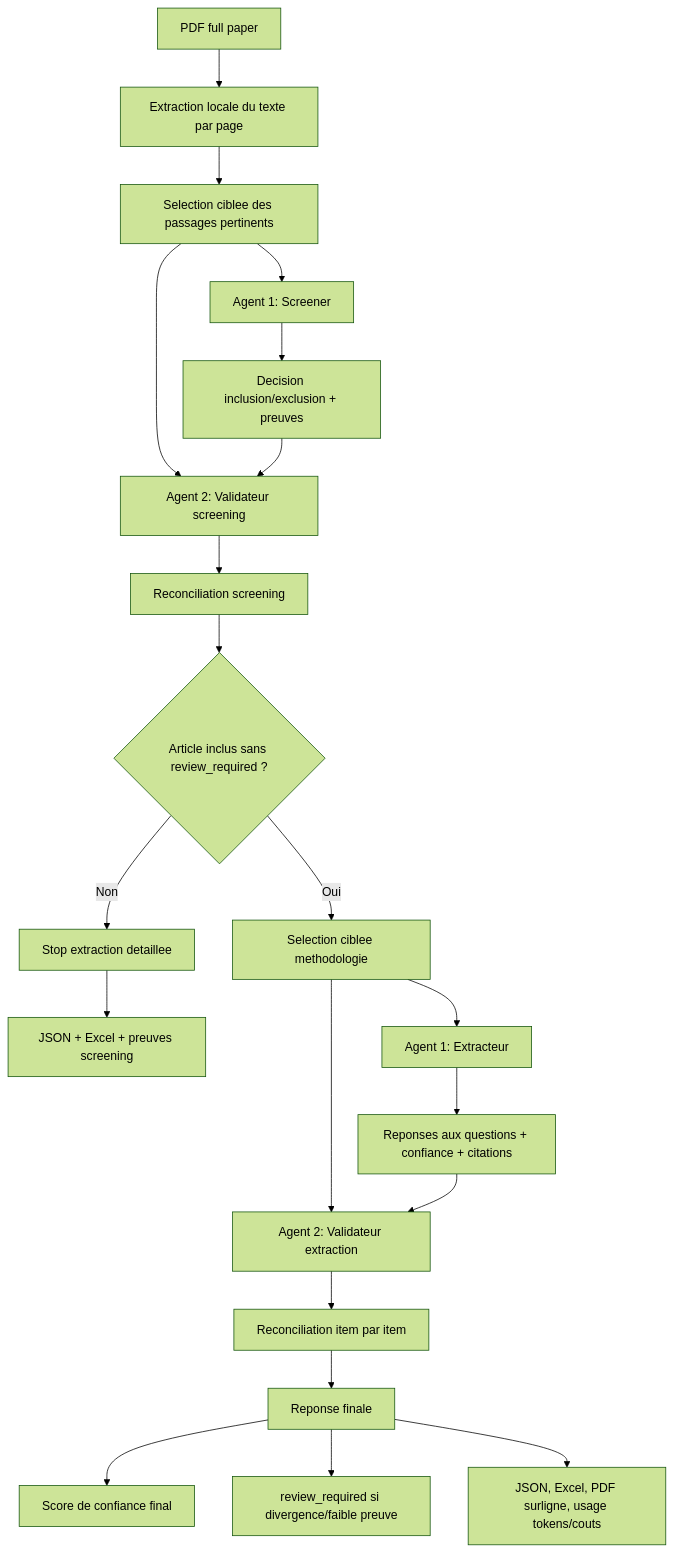
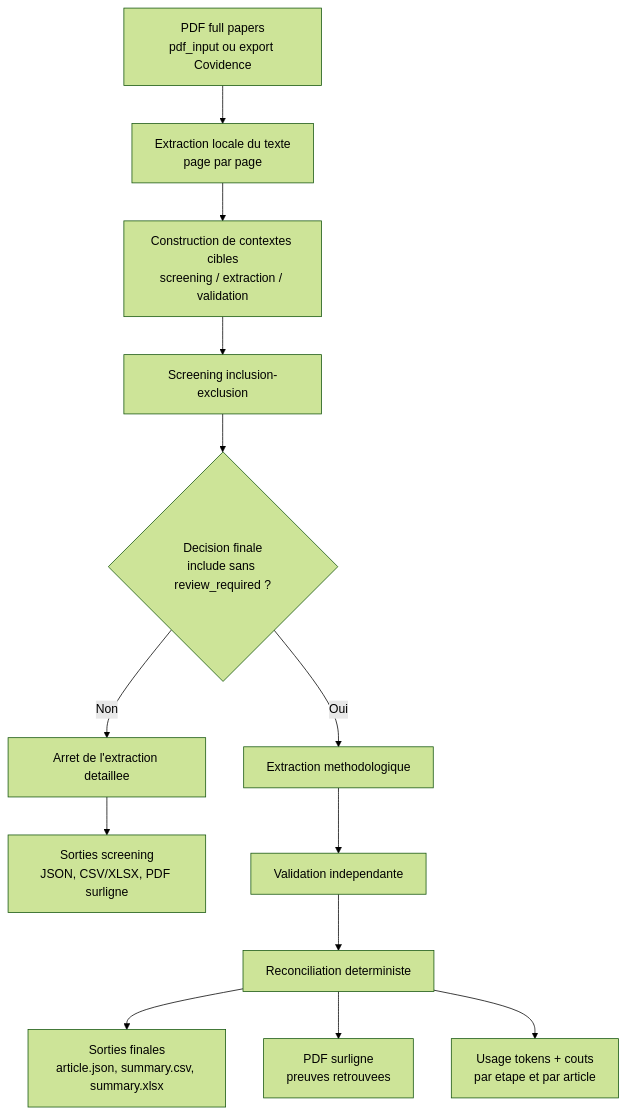
One commit to mickaelbegon/Review_extraction changed the first of 4 diagrams in README.md. Above: the diagram before and after it, drawn with Mermaid (forest theme). The commit also changed other lines of this file, not shown here.

Commit message:
Update README architecture diagrams

````diff
--- a/README.md
+++ b/README.md
@@ -243,31 +245,15 @@
 ```mermaid
 flowchart TD
-    A["PDF full paper"] --> B["Extraction locale du texte par page"]
-    B --> C["Selection ciblee des passages pertinents"]
-
-    C --> D["Agent 1: Screener"]
-    D --> E["Decision inclusion/exclusion + preuves"]
-
-    C --> F["Agent 2: Validateur screening"]
-    E --> F
-    F --> G["Reconciliation screening"]
-
-    G --> H{"Article inclus sans review_required ?"}
-
-    H -- "Non" --> I["Stop extraction detaillee"]
-    I --> J["JSON + Excel + preuves screening"]
-
-    H -- "Oui" --> K["Selection ciblee methodologie"]
-
-    K --> L["Agent 1: Extracteur"]
-    L --> M["Reponses aux questions + confiance + citations"]
-
-    K --> N["Agent 2: Validateur extraction"]
-    M --> N
-    N --> O["Reconciliation item par item"]
-
-    O --> P["Reponse finale"]
-    P --> Q["Score de confiance final"]
-    P --> R["review_required si divergence/faible preuve"]
-    P --> S["JSON, Excel, PDF surligne, usage tokens/couts"]
+    A["PDF full papers<br/>pdf_input ou export Covidence"] --> B["Extraction locale du texte<br/>page par page"]
+    B --> C["Construction de contextes cibles<br/>screening / extraction / validation"]
+    C --> D["Screening inclusion-exclusion"]
+    D --> E{"Decision finale<br/>include sans review_required ?"}
+    E -- "Non" --> F["Arret de l'extraction detaillee"]
+    F --> G["Sorties screening<br/>JSON, CSV/XLSX, PDF surligne"]
+    E -- "Oui" --> H["Extraction methodologique"]
+    H --> I["Validation independante"]
+    I --> J["Reconciliation deterministe"]
+    J --> K["Sorties finales<br/>article.json, summary.csv, summary.xlsx"]
+    J --> L["PDF surligne<br/>preuves retrouvees"]
+    J --> M["Usage tokens + couts<br/>par etape et par article"]
 ```
````
